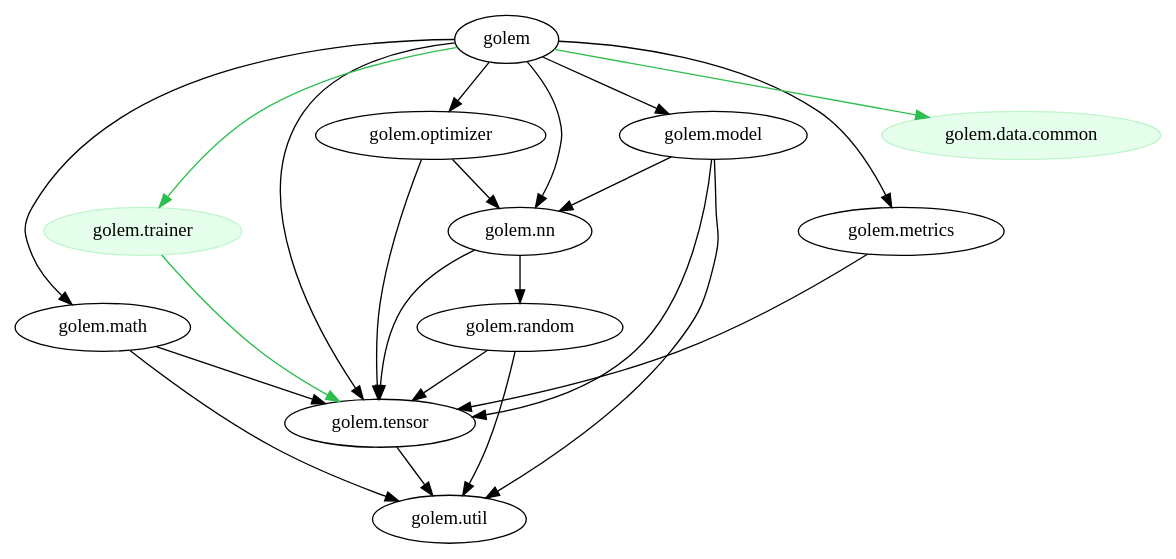
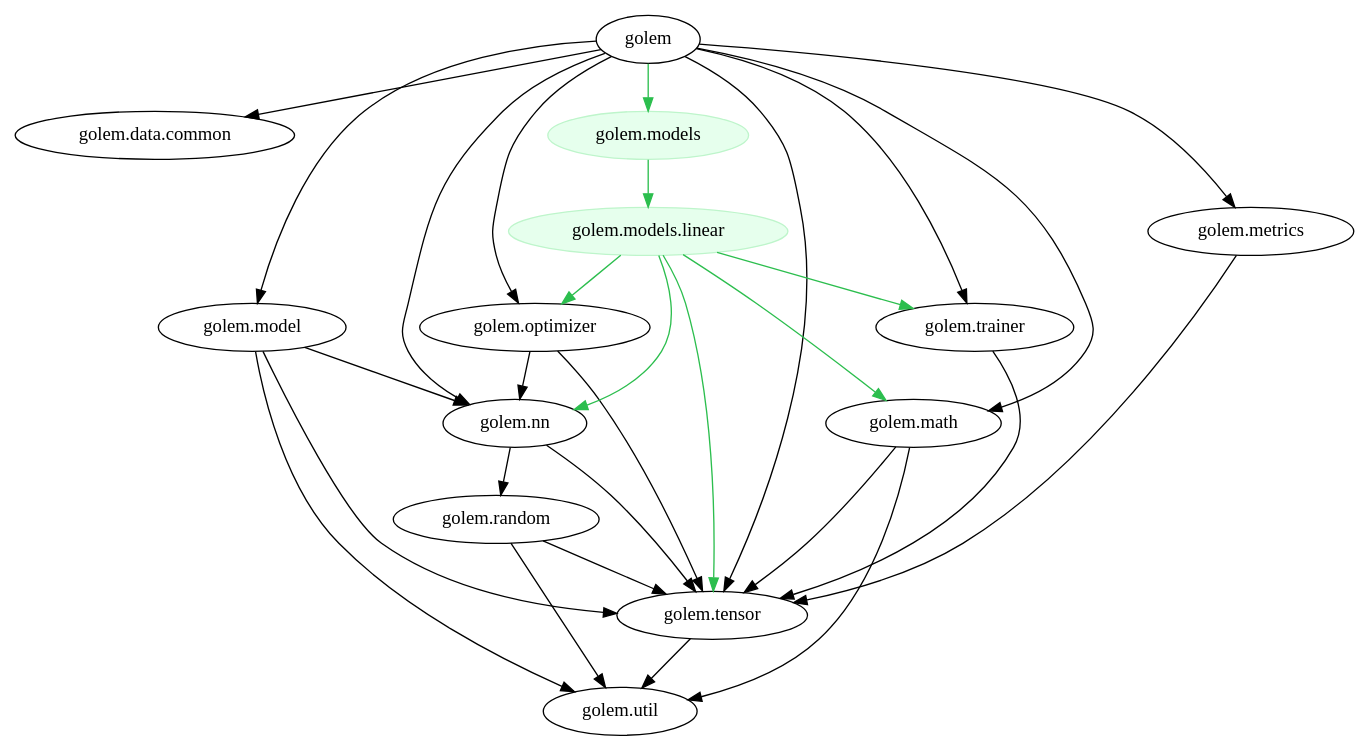
One commit to lempiji/golem changed the diagram in images/deps.dot. Above: the diagram before and after it, drawn with Graphviz. The commit also changed 6 other files, not shown here.

```diff
--- a/images/deps.dot
+++ b/images/deps.dot
@@ -1,40 +1,49 @@
 digraph {
     {
         "golem"
+        "golem.data.common"
         "golem.math"
         "golem.metrics"
         "golem.model"
         "golem.nn"
         "golem.optimizer"
         "golem.random"
         "golem.tensor"
+        "golem.trainer"
         "golem.util"
     }
     {
         node [style=filled color="#bef5cb" fillcolor="#e6ffed"];
-        "golem.data.common"
-        "golem.trainer"
+        "golem.models"
+        "golem.models.linear"
     }
+    "golem" -> "golem.data.common";
     "golem" -> "golem.math";
     "golem" -> "golem.metrics";
     "golem" -> "golem.model";
     "golem" -> "golem.nn";
     "golem" -> "golem.optimizer";
     "golem" -> "golem.tensor";
+    "golem" -> "golem.trainer";
     "golem.math" -> "golem.tensor";
     "golem.math" -> "golem.util";
     "golem.metrics" -> "golem.tensor";
     "golem.model" -> "golem.nn";
     "golem.model" -> "golem.tensor";
     "golem.model" -> "golem.util";
     "golem.nn" -> "golem.random";
     "golem.nn" -> "golem.tensor";
     "golem.optimizer" -> "golem.nn";
     "golem.optimizer" -> "golem.tensor";
     "golem.random" -> "golem.tensor";
     "golem.random" -> "golem.util";
     "golem.tensor" -> "golem.util";
-    "golem" -> "golem.data.common" [color="#2cbe4e"];
-    "golem" -> "golem.trainer" [color="#2cbe4e"];
-    "golem.trainer" -> "golem.tensor" [color="#2cbe4e"];
+    "golem.trainer" -> "golem.tensor";
+    "golem" -> "golem.models" [color="#2cbe4e"];
+    "golem.models" -> "golem.models.linear" [color="#2cbe4e"];
+    "golem.models.linear" -> "golem.math" [color="#2cbe4e"];
+    "golem.models.linear" -> "golem.nn" [color="#2cbe4e"];
+    "golem.models.linear" -> "golem.optimizer" [color="#2cbe4e"];
+    "golem.models.linear" -> "golem.tensor" [color="#2cbe4e"];
+    "golem.models.linear" -> "golem.trainer" [color="#2cbe4e"];
 }
```
